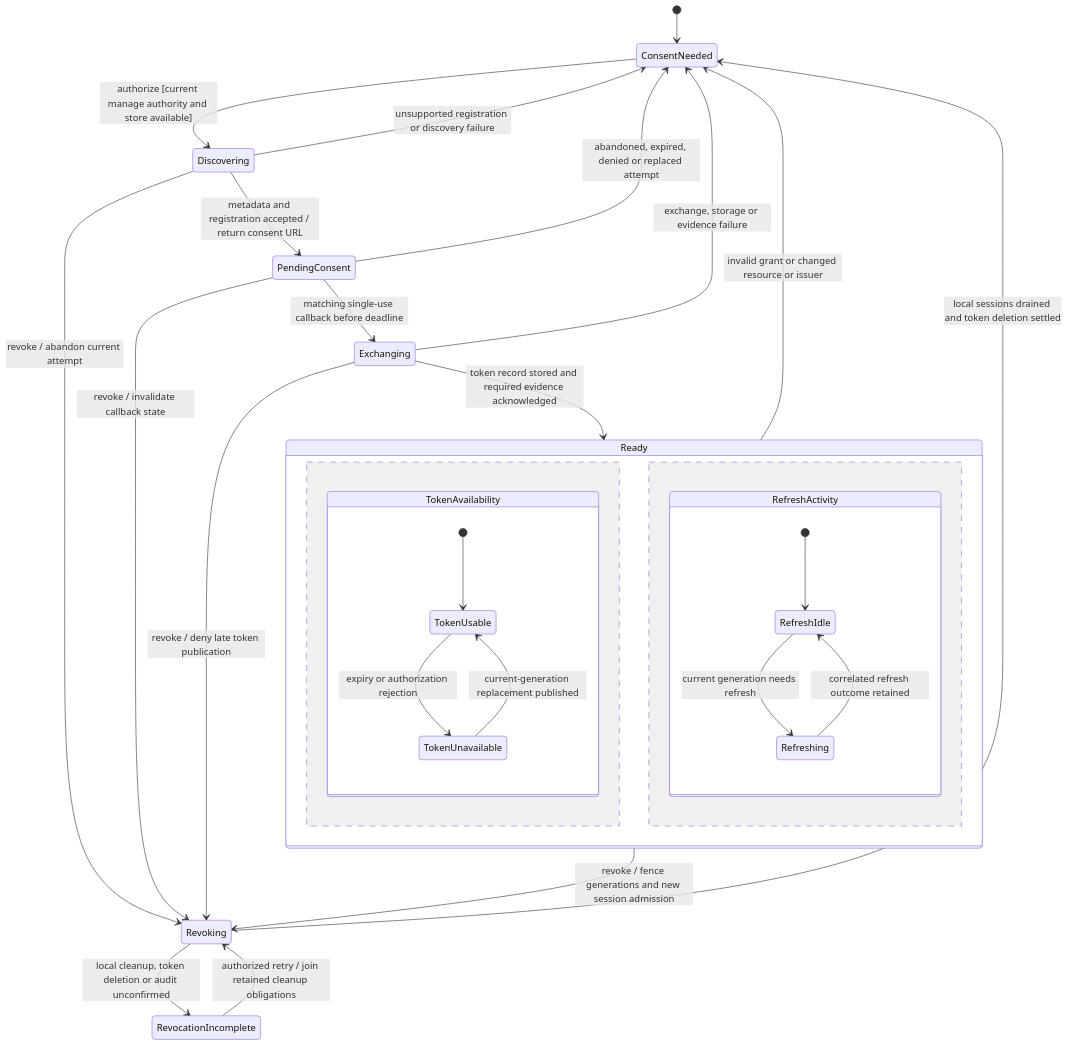
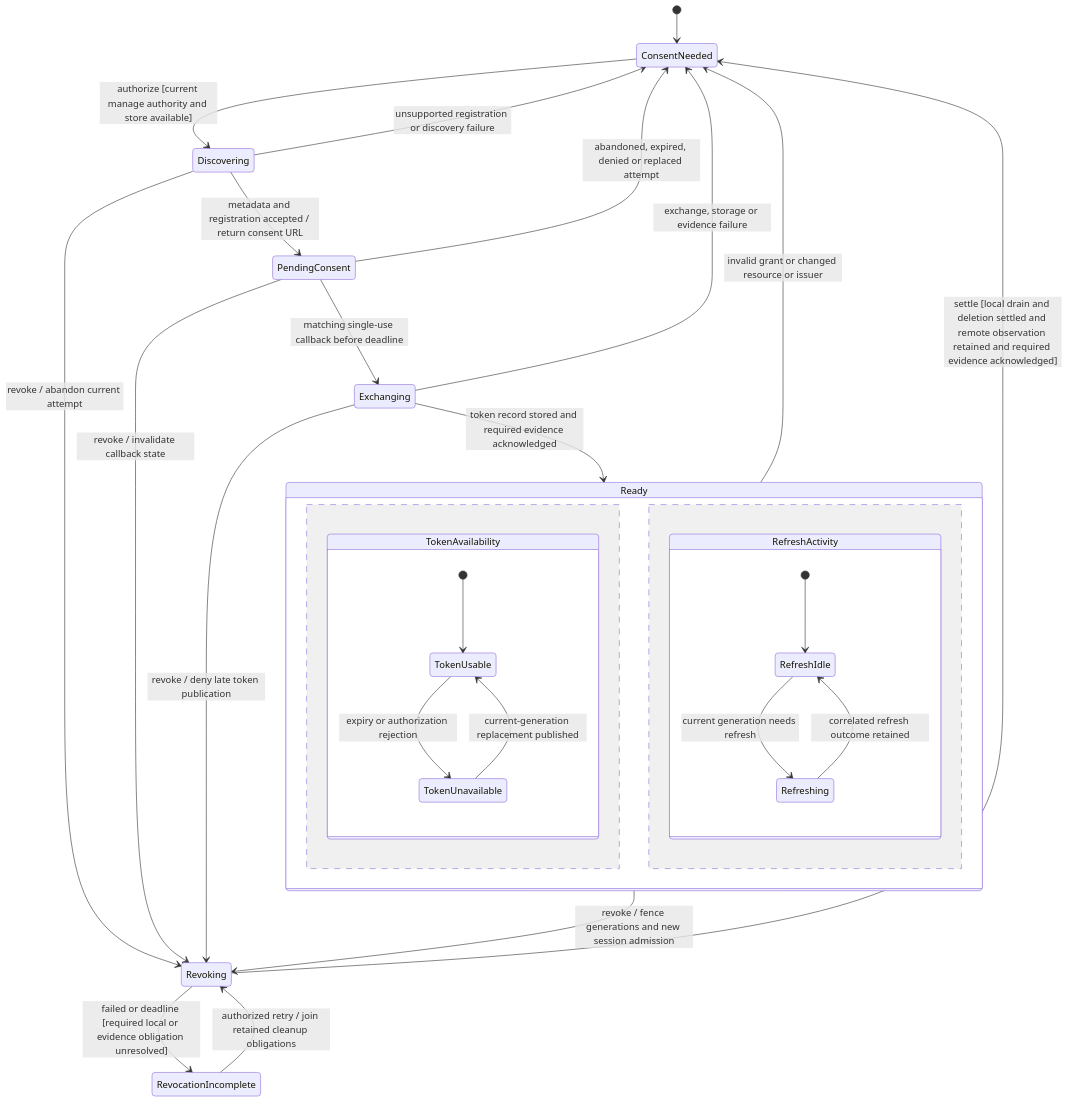
One commit to nessalabs/nessa-agent changed the second of 3 diagrams in docs/adr/todo/392-remote-mcp-servers.md. Above: the diagram before and after it, drawn with Mermaid. The commit also changed other lines of this file and 1 other file, not shown here.

````diff
--- a/docs/adr/todo/392-remote-mcp-servers.md
+++ b/docs/adr/todo/392-remote-mcp-servers.md
@@ -196,32 +205,32 @@
 ```mermaid
 stateDiagram-v2
     [*] --> ConsentNeeded
     ConsentNeeded --> Discovering: authorize [current manage authority and store available]
     Discovering --> PendingConsent: metadata and registration accepted / return consent URL
     Discovering --> ConsentNeeded: unsupported registration or discovery failure
     PendingConsent --> Exchanging: matching single-use callback before deadline
     PendingConsent --> ConsentNeeded: abandoned, expired, denied or replaced attempt
     Exchanging --> Ready: token record stored and required evidence acknowledged
     Exchanging --> ConsentNeeded: exchange, storage or evidence failure
     state Ready {
         state TokenAvailability {
             [*] --> TokenUsable
             TokenUsable --> TokenUnavailable: expiry or authorization rejection
             TokenUnavailable --> TokenUsable: current-generation replacement published
         }
         --
         state RefreshActivity {
             [*] --> RefreshIdle
             RefreshIdle --> Refreshing: current generation needs refresh
             Refreshing --> RefreshIdle: correlated refresh outcome retained
         }
     }
     Ready --> ConsentNeeded: invalid grant or changed resource or issuer
     Ready --> Revoking: revoke / fence generations and new session admission
     Discovering --> Revoking: revoke / abandon current attempt
     PendingConsent --> Revoking: revoke / invalidate callback state
     Exchanging --> Revoking: revoke / deny late token publication
-    Revoking --> ConsentNeeded: local sessions drained and token deletion settled
-    Revoking --> RevocationIncomplete: local cleanup, token deletion or audit unconfirmed
+    Revoking --> ConsentNeeded: settle [local drain and deletion settled and remote observation retained and required evidence acknowledged]
+    Revoking --> RevocationIncomplete: failed or deadline [required local or evidence obligation unresolved]
     RevocationIncomplete --> Revoking: authorized retry / join retained cleanup obligations
 ```
````
